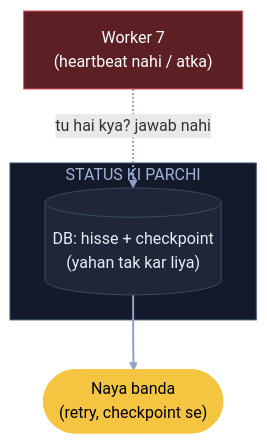
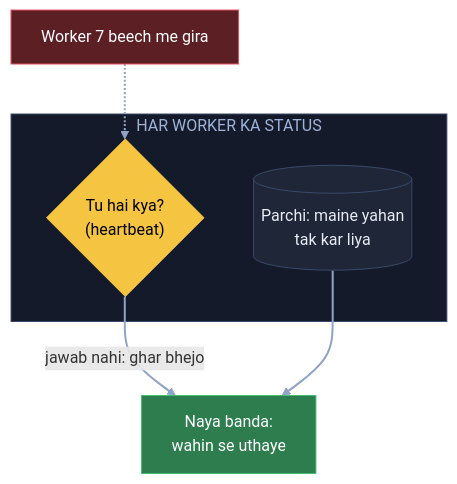
Diagram 13 of 15 in 04_HLD/SYSTEM_DESIGNS/03_twitter_feed/03_twitter_feed.md (ArpanMaheshwari144/Prep), drawn with Mermaid before and after one commit. The commit also changed other lines of this file, not shown here.

Commit message:
Twitter: 15 diagram hand notes ke shabdon se, K1 heading + K9 line notes jaisi

````diff
--- a/04_HLD/SYSTEM_DESIGNS/03_twitter_feed/03_twitter_feed.md
+++ b/04_HLD/SYSTEM_DESIGNS/03_twitter_feed/03_twitter_feed.md
@@ -427,16 +410,18 @@
 ```mermaid
 flowchart TB
-    W7["Worker 7<br/>(heartbeat nahi / atka)"]:::bad
-    subgraph SP["STATUS KI PARCHI"]
-        ST[("DB: hisse + checkpoint<br/>(yahan tak kar liya)")]:::card
+    W7["Worker 7 beech me gira"]:::bad
+    subgraph ST["HAR WORKER KA STATUS"]
+        H{"Tu hai kya?<br/>(heartbeat)"}:::pill
+        C[("Parchi: maine yahan<br/>tak kar liya")]:::card
     end
-    NW(["Naya banda<br/>(retry, checkpoint se)"]):::pill
-    W7 -. "tu hai kya? jawab nahi" .-> ST
-    ST --> NW
+    N["Naya banda:<br/>wahin se uthaye"]:::good
+    W7 -.-> H
+    H -- "jawab nahi: ghar bhejo" --> N
+    C --> N
     linkStyle default stroke:#8fa3c7,stroke-width:2px
     classDef card fill:#1e2638,stroke:#3a4a6b,color:#e8ecf5
     classDef pill fill:#f5c542,stroke:#f5c542,color:#000
     classDef good fill:#2e7d4f,stroke:#3fbf6f,color:#fff
     classDef bad fill:#5c1f24,stroke:#e05561,color:#fff
-    style SP fill:#141a29,stroke:#3a4a6b,color:#9fb3d9
+    style ST fill:#141a29,stroke:#3a4a6b,color:#9fb3d9
 ```
````
